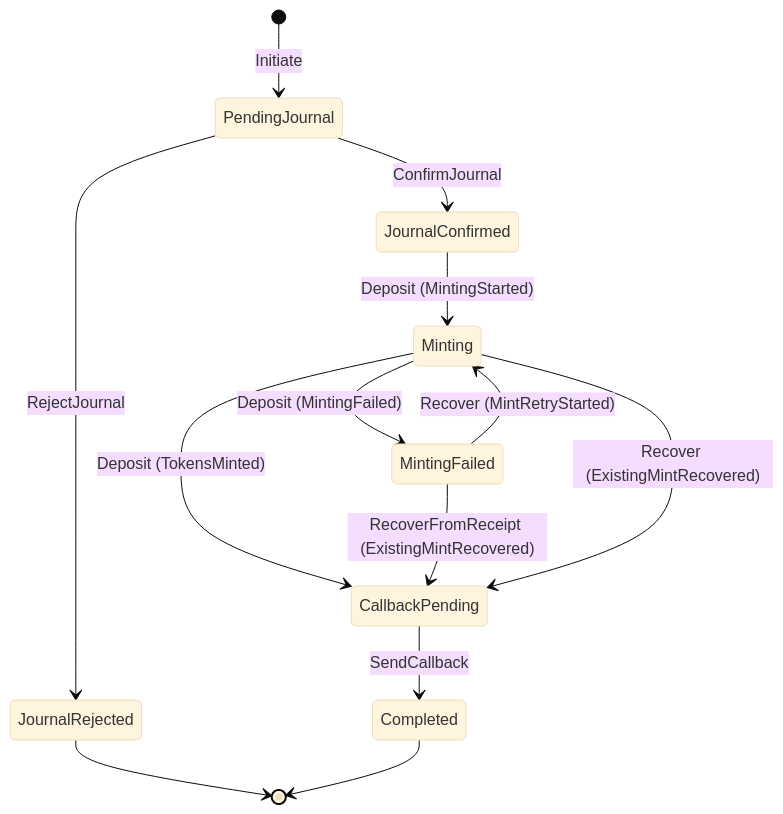
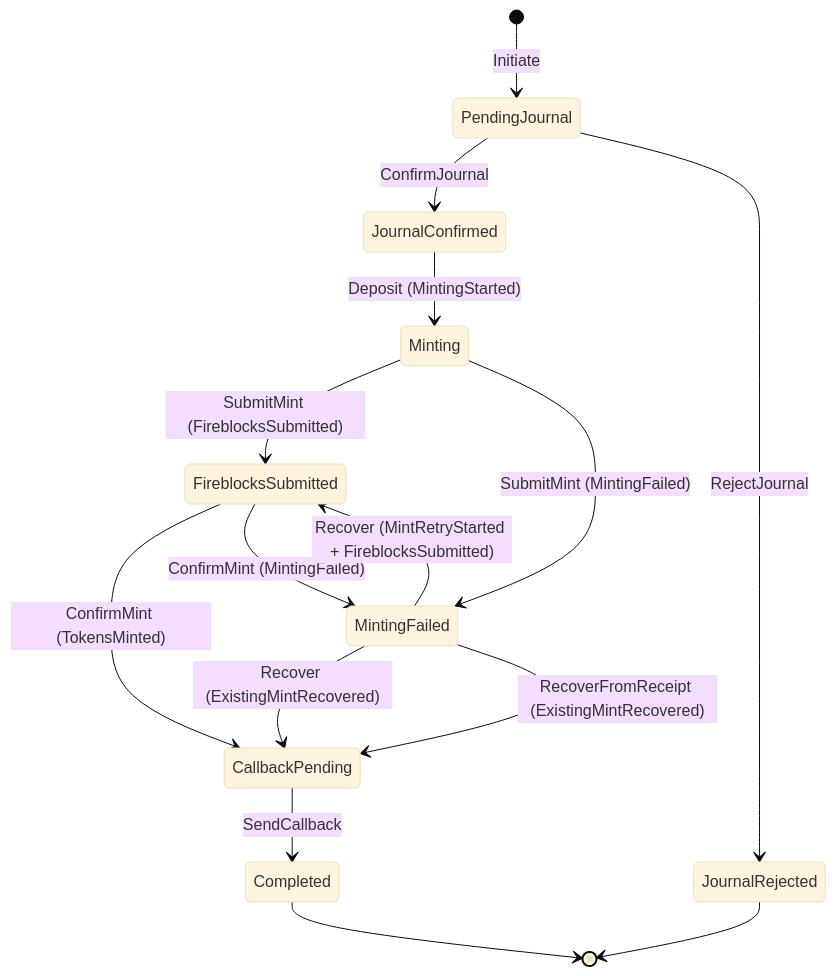
Before and after one commit to ST0x-Technology/st0x.issuance: the fourth of 7 diagrams in SPEC.md, drawn with Mermaid (base theme). The commit also changed other lines of this file and 15 other files, not shown here.

First line of the commit message:
feat: split submit/confirm for idempotent mint/burn recovery (RAI-374) (#149)

````diff
--- a/SPEC.md
+++ b/SPEC.md
@@ -1094,15 +1126,17 @@
 ```mermaid
 stateDiagram-v2
     [*] --> PendingJournal: Initiate
     PendingJournal --> JournalConfirmed: ConfirmJournal
     PendingJournal --> JournalRejected: RejectJournal
     JournalConfirmed --> Minting: Deposit (MintingStarted)
-    Minting --> CallbackPending: Deposit (TokensMinted)
-    Minting --> MintingFailed: Deposit (MintingFailed)
-    MintingFailed --> Minting: Recover (MintRetryStarted)
+    Minting --> FireblocksSubmitted: SubmitMint (FireblocksSubmitted)
+    Minting --> MintingFailed: SubmitMint (MintingFailed)
+    FireblocksSubmitted --> CallbackPending: ConfirmMint (TokensMinted)
+    FireblocksSubmitted --> MintingFailed: ConfirmMint (MintingFailed)
+    MintingFailed --> FireblocksSubmitted: Recover (MintRetryStarted + FireblocksSubmitted)
+    MintingFailed --> CallbackPending: Recover (ExistingMintRecovered)
     MintingFailed --> CallbackPending: RecoverFromReceipt (ExistingMintRecovered)
-    Minting --> CallbackPending: Recover (ExistingMintRecovered)
     CallbackPending --> Completed: SendCallback
     JournalRejected --> [*]
     Completed --> [*]
 ```
````
